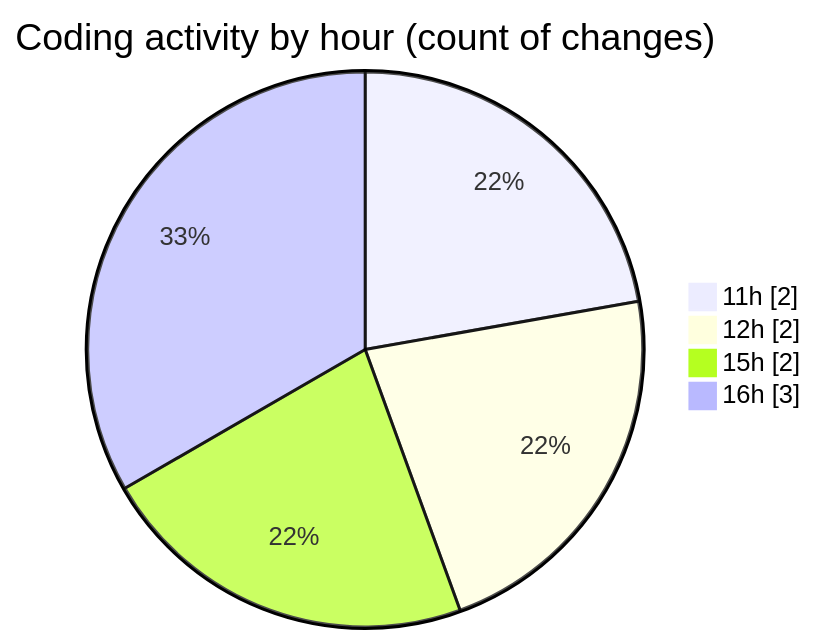
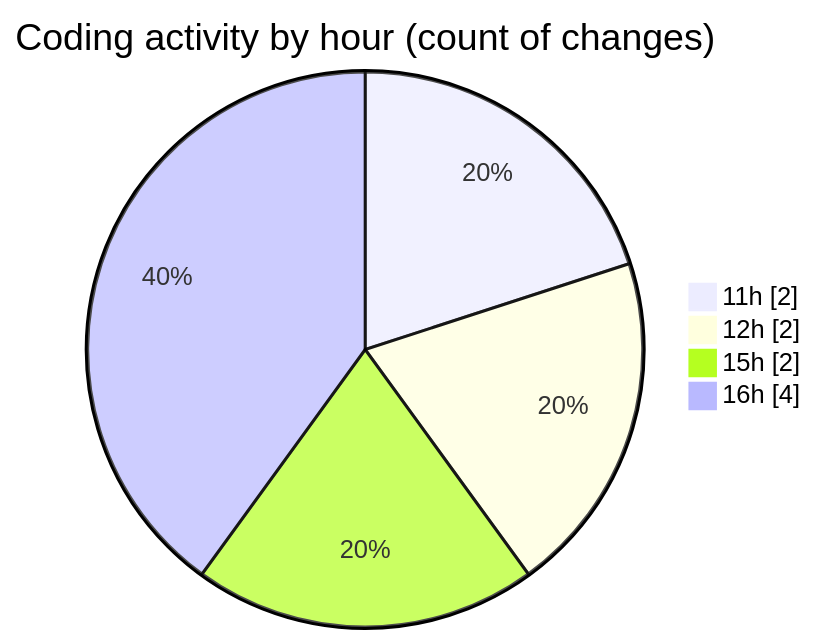
One commit to ricardozamudiocil/code-tracking changed the second of 2 diagrams in 2026-03-19/cilapp/README.md. Above: the diagram before and after it, drawn with Mermaid. The commit also changed other lines of this file and 1 other file, not shown here.

````diff
--- a/2026-03-19/cilapp/README.md
+++ b/2026-03-19/cilapp/README.md
@@ -32,8 +34,8 @@
 ```mermaid
 pie showData
 title Coding activity by hour (count of changes)
 "11h" : 2
 "12h" : 2
 "15h" : 2
-"16h" : 3
+"16h" : 4
 ```
````
